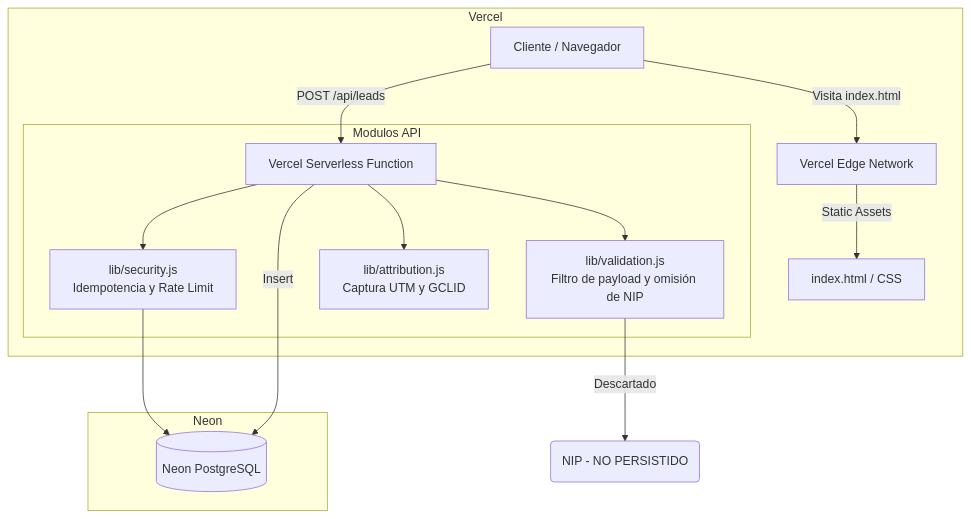
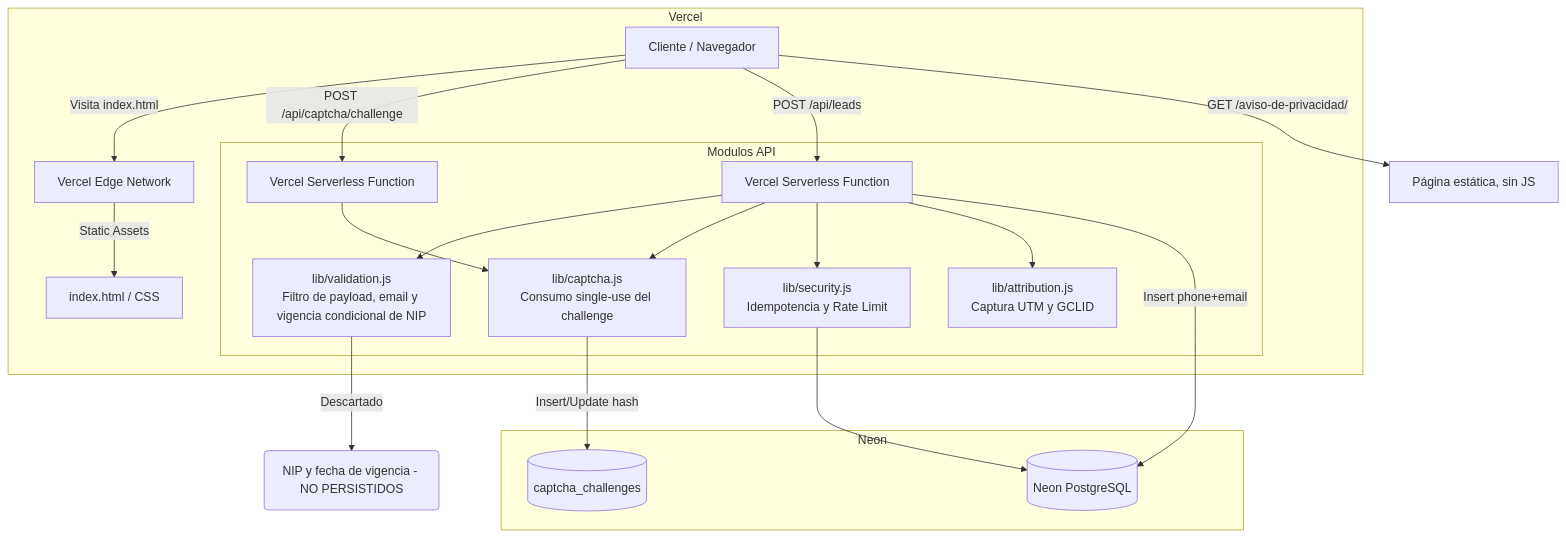
The diagram in docs/graph/architecture.md (marketinggrupoconcentra-gif/baitprepago2), drawn with Mermaid before and after one commit. The commit also changed other lines of this file and 27 other files, not shown here.

First line of the commit message:
feat: harden lead validation privacy and captcha

````diff
--- a/docs/graph/architecture.md
+++ b/docs/graph/architecture.md
@@ -3,22 +3,27 @@
 ```mermaid
 flowchart TD
     Client[Cliente / Navegador] -->|Visita index.html| Static[Vercel Edge Network]
     
     subgraph Vercel
         Static -->|Static Assets| index[index.html / CSS]
+        Client -->|POST /api/captcha/challenge| CaptchaAPI[Vercel Serverless Function]
         Client -->|POST /api/leads| API[Vercel Serverless Function]
         
         subgraph Modulos API
-            API --> Validation[lib/validation.js<br>Filtro de payload y omisión de NIP]
+            API --> Validation[lib/validation.js<br>Filtro de payload, email y vigencia condicional de NIP]
+            API --> Captcha[lib/captcha.js<br>Consumo single-use del challenge]
             API --> Security[lib/security.js<br>Idempotencia y Rate Limit]
             API --> Attribution[lib/attribution.js<br>Captura UTM y GCLID]
+            CaptchaAPI --> Captcha
         end
     end
     
     subgraph Neon
         Security --> DB[(Neon PostgreSQL)]
-        API -->|Insert| DB
+        API -->|Insert phone+email| DB
+        Captcha -->|Insert/Update hash| CaptchaTable[(captcha_challenges)]
     end
     
-    Validation -- Descartado --> PII(NIP - NO PERSISTIDO)
+    Validation -- Descartado --> PII(NIP y fecha de vigencia - NO PERSISTIDOS)
+    Client -->|GET /aviso-de-privacidad/| PrivacyPage[Página estática, sin JS]
 ```
````
